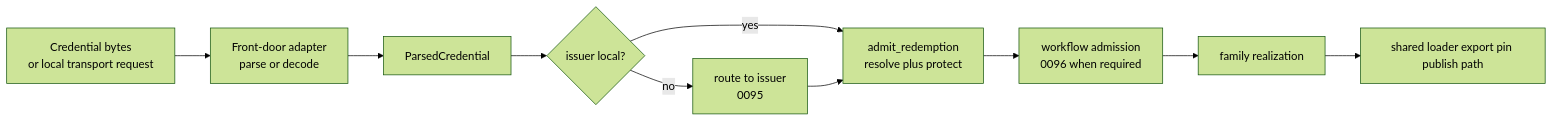
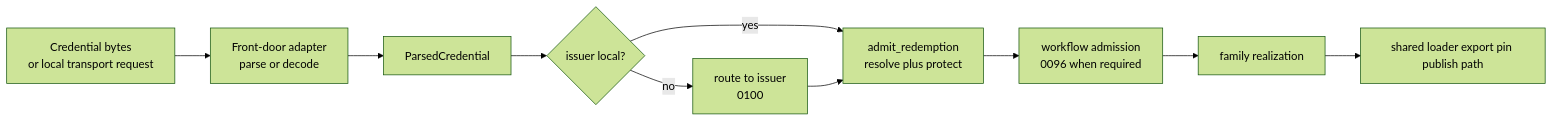
Before and after one commit to tensorcast-ai/tensorcast: the second of 3 diagrams in docs/designs/0094-unified-lifecycle-kernel-and-capability-families.md, drawn with Mermaid (forest theme). The commit also changed other lines of this file and 54 other files, not shown here.

````diff
--- a/docs/designs/0094-unified-lifecycle-kernel-and-capability-families.md
+++ b/docs/designs/0094-unified-lifecycle-kernel-and-capability-families.md
@@ -401,12 +399,12 @@
 ```mermaid
 flowchart LR
   A["Credential bytes<br>or local transport request"] --> B["Front-door adapter<br>parse or decode"]
   B --> C["ParsedCredential"]
   C --> D{"issuer local?"}
   D -- yes --> E["admit_redemption<br>resolve plus protect"]
-  D -- no --> F["route to issuer<br>0095"]
+  D -- no --> F["route to issuer<br>0100"]
   F --> E
   E --> G["workflow admission<br>0096 when required"]
   G --> H["family realization"]
   H --> I["shared loader export pin publish path"]
 ```
````
